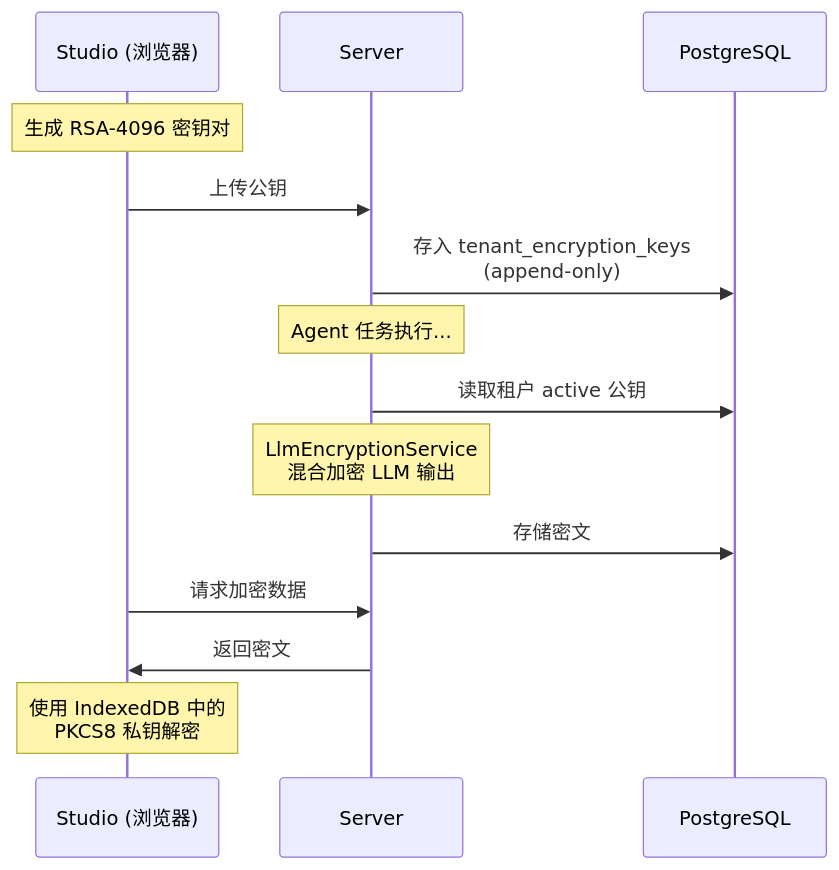
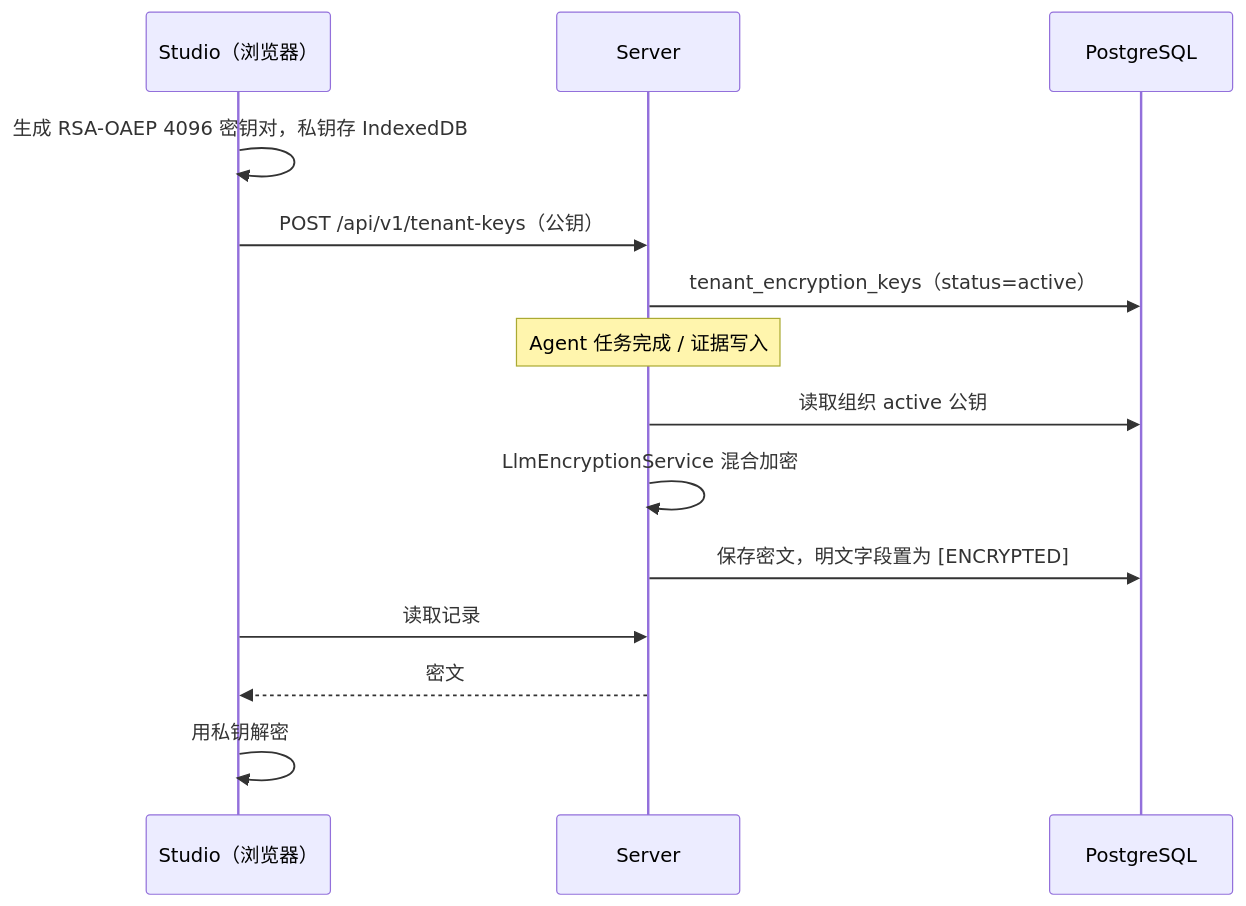
Before and after one commit to Lynricsy/AgentLoom: the diagram in agentloom-docs/dev/server/security.md, drawn with Mermaid. The commit also changed other lines of this file and 10 other files, not shown here.

````diff
--- a/agentloom-docs/dev/server/security.md
+++ b/agentloom-docs/dev/server/security.md
@@ -11,22 +79,17 @@
 ```mermaid
 sequenceDiagram
-    participant S as Studio (浏览器)
+    participant S as Studio（浏览器）
     participant SV as Server
     participant DB as PostgreSQL
 
-    Note over S: 生成 RSA-4096 密钥对
-
-    S->>SV: 上传公钥
-    SV->>DB: 存入 tenant_encryption_keys<br/>(append-only)
-
-    Note over SV: Agent 任务执行...
-
-    SV->>DB: 读取租户 active 公钥
-    Note over SV: LlmEncryptionService<br/>混合加密 LLM 输出
-
-    SV->>DB: 存储密文
-
-    S->>SV: 请求加密数据
-    SV->>S: 返回密文
-    Note over S: 使用 IndexedDB 中的<br/>PKCS8 私钥解密
+    S->>S: 生成 RSA-OAEP 4096 密钥对，私钥存 IndexedDB
+    S->>SV: POST /api/v1/tenant-keys（公钥）
+    SV->>DB: tenant_encryption_keys（status=active）
+    Note over SV: Agent 任务完成 / 证据写入
+    SV->>DB: 读取组织 active 公钥
+    SV->>SV: LlmEncryptionService 混合加密
+    SV->>DB: 保存密文，明文字段置为 [ENCRYPTED]
+    S->>SV: 读取记录
+    SV-->>S: 密文
+    S->>S: 用私钥解密
 ```
````
